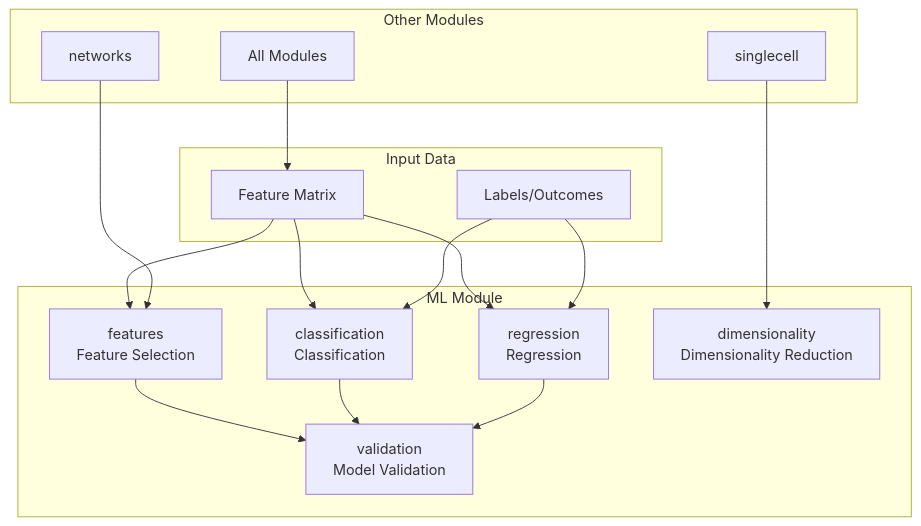
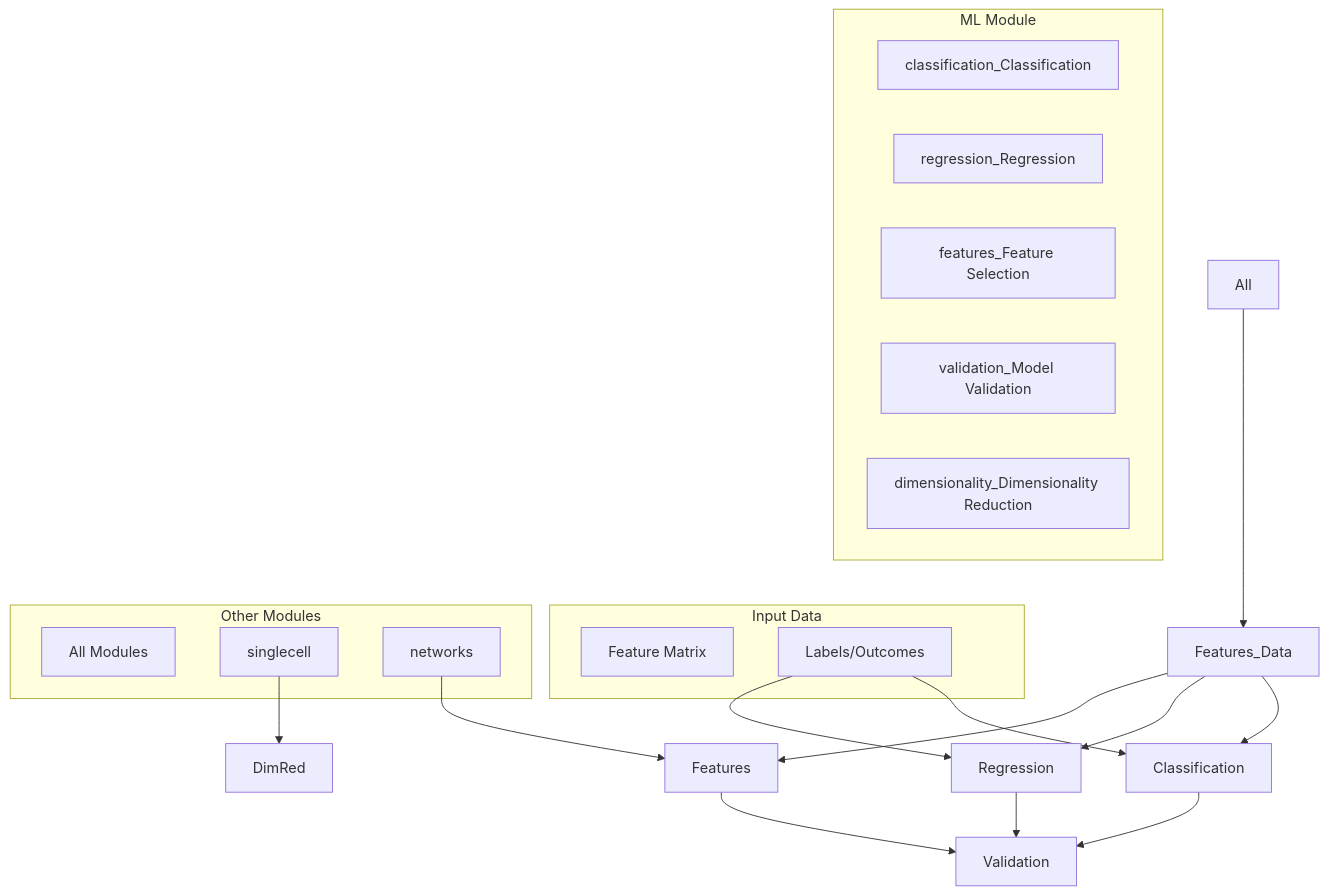
One commit to docxology/MetaInformAnt changed the first of 4 diagrams in src/metainformant/ml/README.md. Above: the diagram before and after it, drawn with Mermaid. The commit also changed other lines of this file and 611 other files, not shown here.

````diff
--- a/src/metainformant/ml/README.md
+++ b/src/metainformant/ml/README.md
@@ -11,33 +11,33 @@
 ```mermaid
 graph TB
     subgraph "ML Module"
-        Classification[classification<br/>Classification]
-        Regression[regression<br/>Regression]
-        Features[features<br/>Feature Selection]
-        Validation[validation<br/>Model Validation]
-        DimRed[dimensionality<br/>Dimensionality Reduction]
+        ClassificationclassificationClassification[classification_Classification]
+        RegressionregressionRegression[regression_Regression]
+        FeaturesfeaturesFeatureSelection[features_Feature Selection]
+        ValidationvalidationModelValidation[validation_Model Validation]
+        DimReddimensionalityDimensionalityReduction[dimensionality_Dimensionality Reduction]
     end
     
     subgraph "Input Data"
-        Features_Data[Feature Matrix]
+        featureMatrixfeatureMatrix[Feature Matrix]
         Labels[Labels/Outcomes]
     end
     
     subgraph "Other Modules"
-        All[All Modules]
+        AllallModules[All Modules]
         SingleCell[singlecell]
         Networks[networks]
     end
     
     Features_Data --> Classification
     Features_Data --> Regression
     Labels --> Classification
     Labels --> Regression
     Features_Data --> Features
     Features --> Validation
     Classification --> Validation
     Regression --> Validation
     All --> Features_Data
     SingleCell --> DimRed
     Networks --> Features
 ```
````
